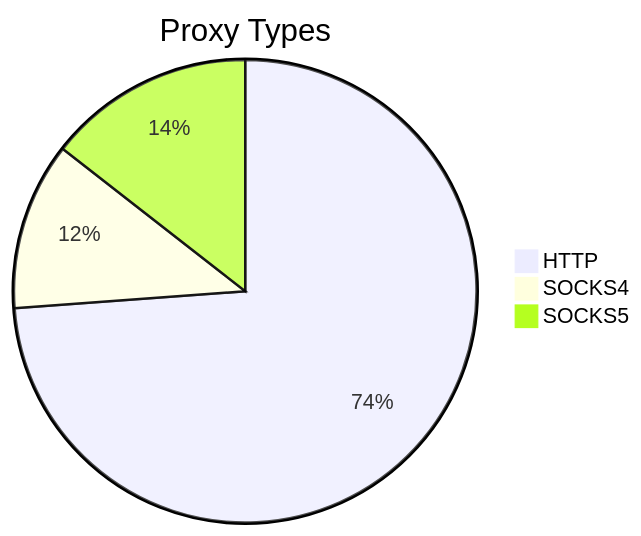
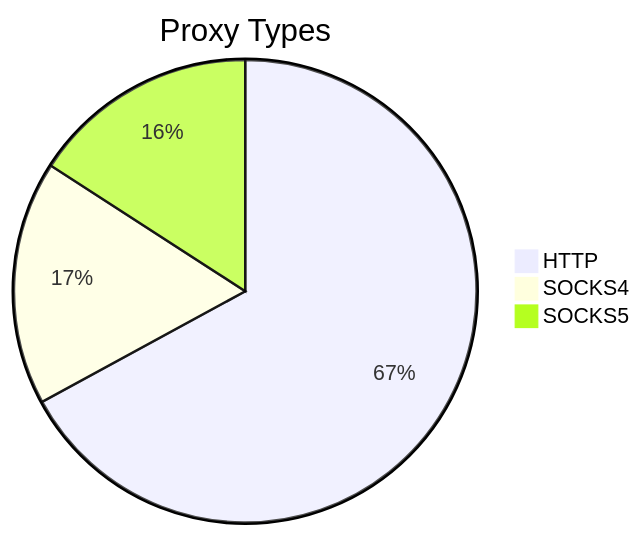
The first of 2 diagrams in README.md (stormsia/proxy-list), drawn with Mermaid before and after one commit. The commit also changed other lines of this file, not shown here.

````diff
--- a/README.md
+++ b/README.md
@@ -21,6 +21,6 @@
 ```mermaid
 pie title Proxy Types
-    "HTTP" : 189
-    "SOCKS4" : 30
-    "SOCKS5" : 37
+    "HTTP" : 224
+    "SOCKS4" : 57
+    "SOCKS5" : 53
 ```
````
